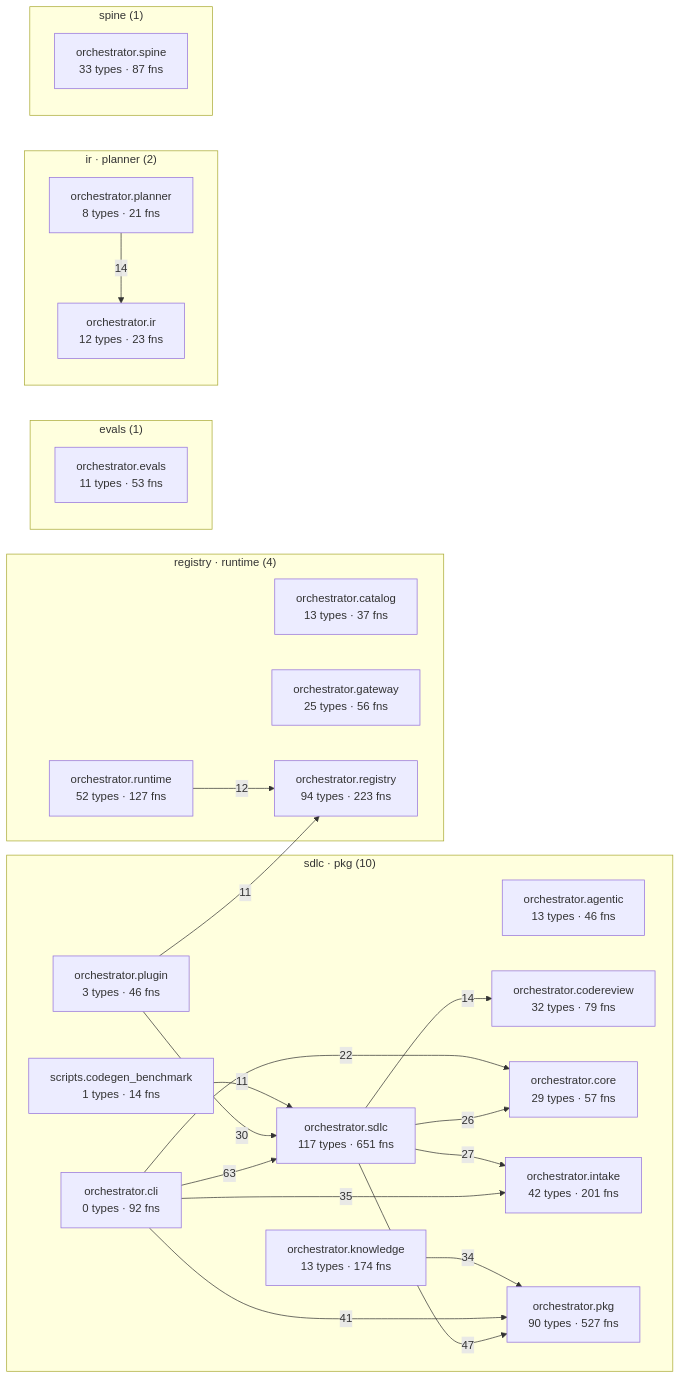
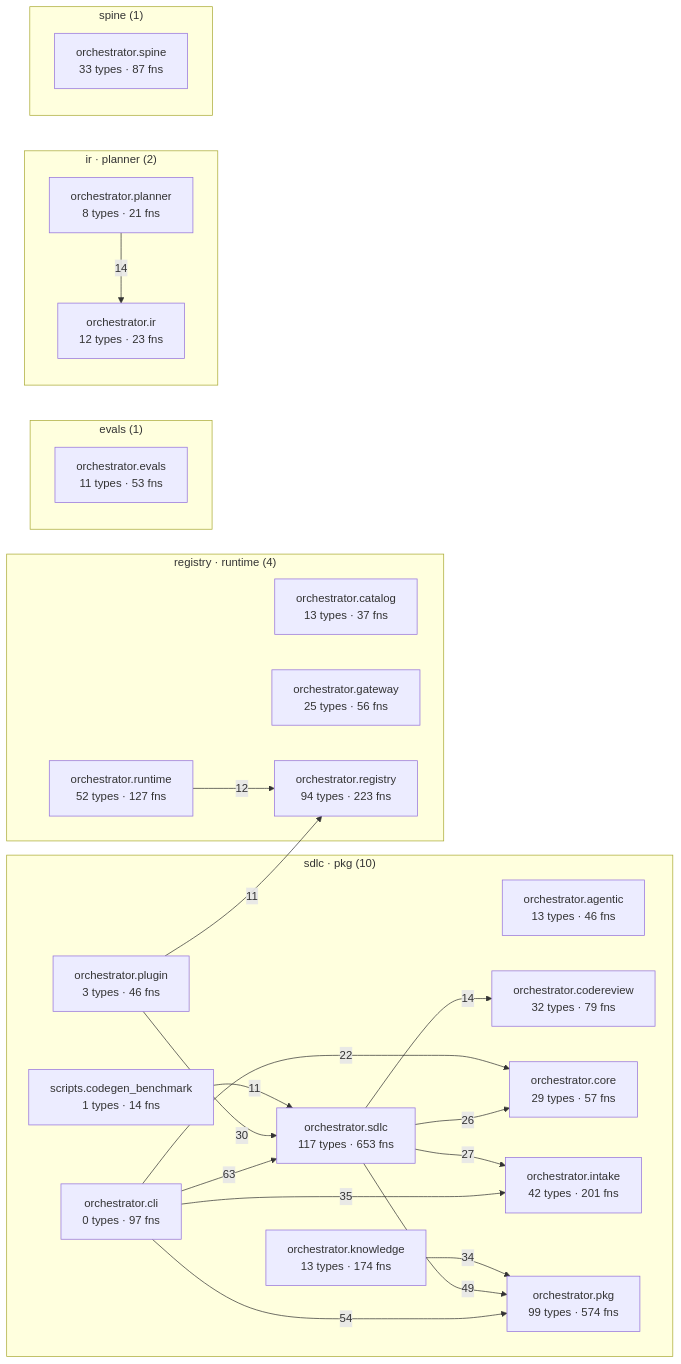
The diagram in episteme/architecture.md (synaptixs/spine), drawn with Mermaid before and after one commit. The commit also changed other lines of this file and 31 other files, not shown here.

````diff
--- a/episteme/architecture.md
+++ b/episteme/architecture.md
@@ -54,45 +54,45 @@
 ```mermaid
 flowchart LR
   subgraph c_1["sdlc · pkg (10)"]
     aorchestratoragentic["orchestrator.agentic<br/>13 types · 46 fns"]
-    aorchestratorcli["orchestrator.cli<br/>0 types · 92 fns"]
+    aorchestratorcli["orchestrator.cli<br/>0 types · 97 fns"]
     aorchestratorcodereview["orchestrator.codereview<br/>32 types · 79 fns"]
     aorchestratorcore["orchestrator.core<br/>29 types · 57 fns"]
     aorchestratorintake["orchestrator.intake<br/>42 types · 201 fns"]
     aorchestratorknowledge["orchestrator.knowledge<br/>13 types · 174 fns"]
-    aorchestratorpkg["orchestrator.pkg<br/>90 types · 527 fns"]
+    aorchestratorpkg["orchestrator.pkg<br/>99 types · 574 fns"]
     aorchestratorplugin["orchestrator.plugin<br/>3 types · 46 fns"]
-    aorchestratorsdlc["orchestrator.sdlc<br/>117 types · 651 fns"]
+    aorchestratorsdlc["orchestrator.sdlc<br/>117 types · 653 fns"]
     ascriptscodegenbenchmark["scripts.codegen_benchmark<br/>1 types · 14 fns"]
   end
   subgraph c_3["registry · runtime (4)"]
     aorchestratorcatalog["orchestrator.catalog<br/>13 types · 37 fns"]
     aorchestratorgateway["orchestrator.gateway<br/>25 types · 56 fns"]
     aorchestratorregistry["orchestrator.registry<br/>94 types · 223 fns"]
     aorchestratorruntime["orchestrator.runtime<br/>52 types · 127 fns"]
   end
   subgraph c_5["evals (1)"]
     aorchestratorevals["orchestrator.evals<br/>11 types · 53 fns"]
   end
   subgraph c_7["ir · planner (2)"]
     aorchestratorir["orchestrator.ir<br/>12 types · 23 fns"]
     aorchestratorplanner["orchestrator.planner<br/>8 types · 21 fns"]
   end
   subgraph c_10["spine (1)"]
     aorchestratorspine["orchestrator.spine<br/>33 types · 87 fns"]
   end
   aorchestratorcli -->|63| aorchestratorsdlc
-  aorchestratorsdlc -->|47| aorchestratorpkg
-  aorchestratorcli -->|41| aorchestratorpkg
+  aorchestratorcli -->|54| aorchestratorpkg
+  aorchestratorsdlc -->|49| aorchestratorpkg
   aorchestratorcli -->|35| aorchestratorintake
   aorchestratorknowledge -->|34| aorchestratorpkg
   aorchestratorplugin -->|30| aorchestratorsdlc
   aorchestratorsdlc -->|27| aorchestratorintake
   aorchestratorsdlc -->|26| aorchestratorcore
   aorchestratorcli -->|22| aorchestratorcore
   aorchestratorplanner -->|14| aorchestratorir
   aorchestratorsdlc -->|14| aorchestratorcodereview
   aorchestratorruntime -->|12| aorchestratorregistry
   ascriptscodegenbenchmark -->|11| aorchestratorsdlc
   aorchestratorplugin -->|11| aorchestratorregistry
 ```
````
